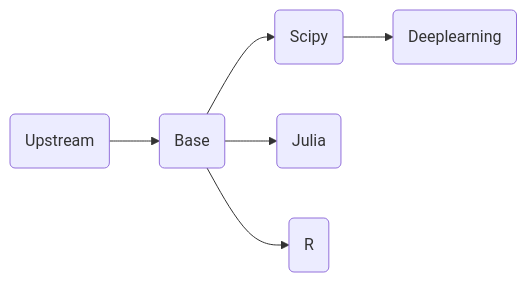
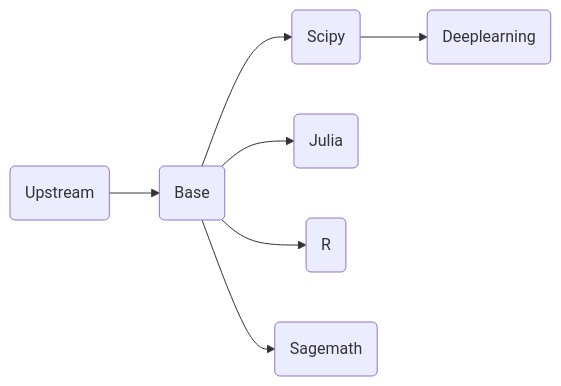
Before and after one commit to ben0i0d/jupyter-image-stacks: the diagram in README.md, drawn with Mermaid.

Commit message:
更新 README.md

````diff
--- a/README.md
+++ b/README.md
@@ -14,7 +14,8 @@
 ```mermaid
 graph LR
 A(Upstream)-->B(Base)
 B-->C(Scipy)-->D(Deeplearning)	
 B-->E(Julia)
 B-->F(R)
+B-->G(Sagemath)
 ```  
````
